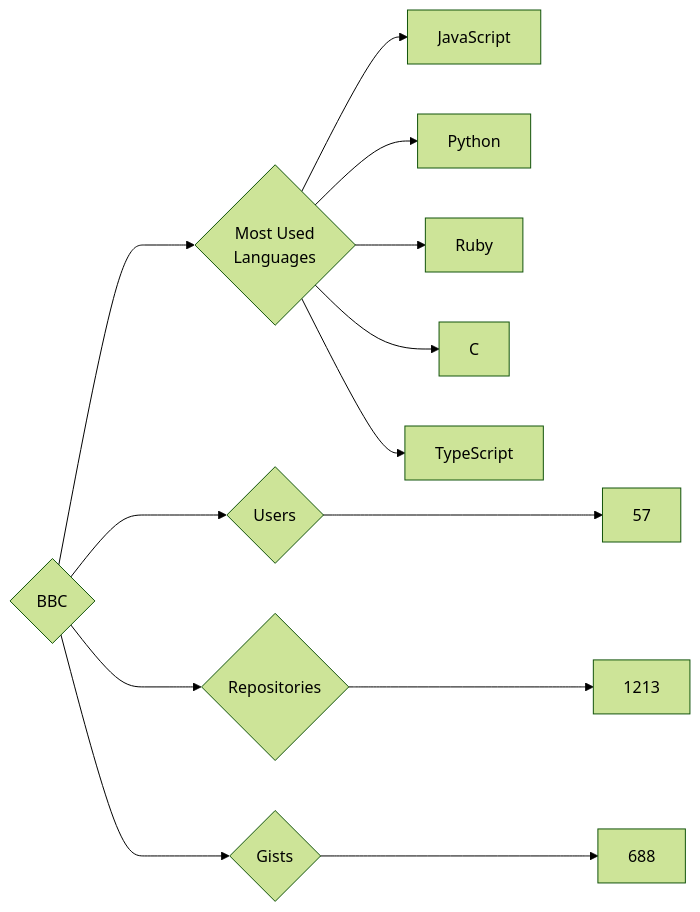
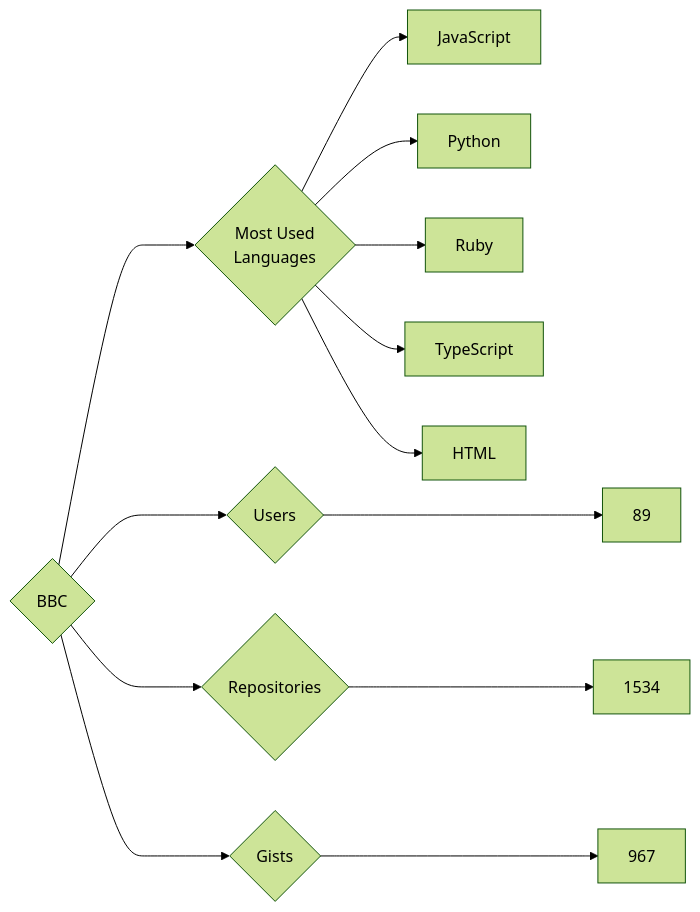
One commit to trickest/insiders changed the diagram in targets/BBC/README.md. Above: the diagram before and after it, drawn with Mermaid (forest theme). The commit also changed 888 other files, not shown here.

````diff
--- a/targets/BBC/README.md
+++ b/targets/BBC/README.md
@@ -3,13 +3,13 @@
 ```mermaid
 graph LR
 COMPANY_NAME{BBC}
-COMPANY_NAME ---> U{Users} ---> UN[57]
-COMPANY_NAME ---> R{Repositories} ---> RN[1213]
-COMPANY_NAME ---> G{Gists} ---> GN[688]
+COMPANY_NAME ---> U{Users} ---> UN[89]
+COMPANY_NAME ---> R{Repositories} ---> RN[1534]
+COMPANY_NAME ---> G{Gists} ---> GN[967]
 COMPANY_NAME ---> ML{Most Used<br>Languages}
 ML --> JavaScript[JavaScript]
 ML --> Python[Python]
 ML --> Ruby[Ruby]
-ML --> C[C]
 ML --> TypeScript[TypeScript]
+ML --> HTML[HTML]
 ```
````
